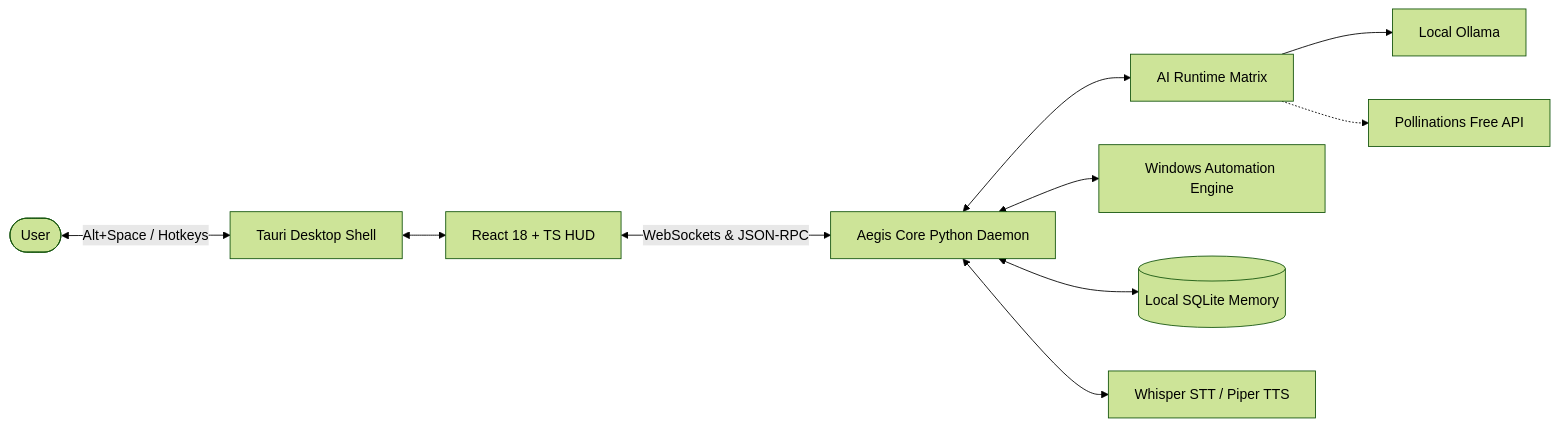
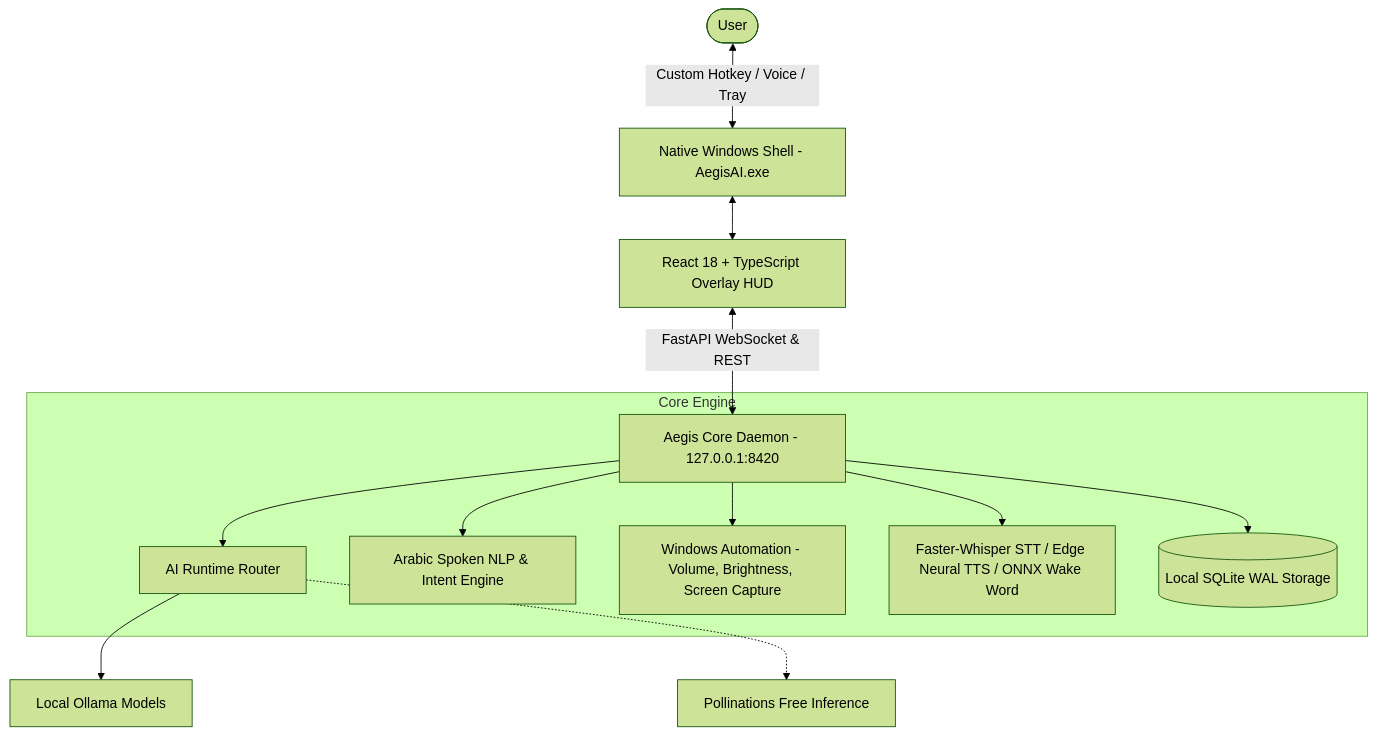
Before and after one commit to mokashreef/Aegis-AI: the diagram in README.md, drawn with Mermaid (forest theme). The commit also changed other lines of this file, not shown here.

Commit message:
docs: update README with direct download links, accurate architecture, and Arabic quickstart

````diff
--- a/README.md
+++ b/README.md
@@ -97,13 +110,17 @@
 ```mermaid
-graph LR
-    User([User]) <-->|Alt+Space / Hotkeys| Tauri[Tauri Desktop Shell]
-    Tauri <--> HUD[React 18 + TS HUD]
-    HUD <-->|WebSockets & JSON-RPC| Core[Aegis Core Python Daemon]
-    Core <--> AIRuntime[AI Runtime Matrix]
-    Core <--> WinEngine[Windows Automation Engine]
-    Core <--> SQLite[(Local SQLite Memory)]
-    Core <--> Voice[Whisper STT / Piper TTS]
+graph TD
+    User([User]) <-->|Custom Hotkey / Voice / Tray| Shell[Native Windows Shell - AegisAI.exe]
+    Shell <--> HUD[React 18 + TypeScript Overlay HUD]
+    HUD <-->|FastAPI WebSocket & REST| Core[Aegis Core Daemon - 127.0.0.1:8420]
+    
+    subgraph Core Engine
+        Core --> Router[AI Runtime Router]
+        Core --> Intent[Arabic Spoken NLP & Intent Engine]
+        Core --> WinTools[Windows Automation - Volume, Brightness, Screen Capture]
+        Core --> Voice[Faster-Whisper STT / Edge Neural TTS / ONNX Wake Word]
+        Core --> DB[(Local SQLite WAL Storage)]
+    end
 
-    AIRuntime --> Ollama[Local Ollama]
-    AIRuntime -.-> Pollinations[Pollinations Free API]
+    Router --> Ollama[Local Ollama Models]
+    Router -.-> Fallback[Pollinations Free Inference]
 ```
````
